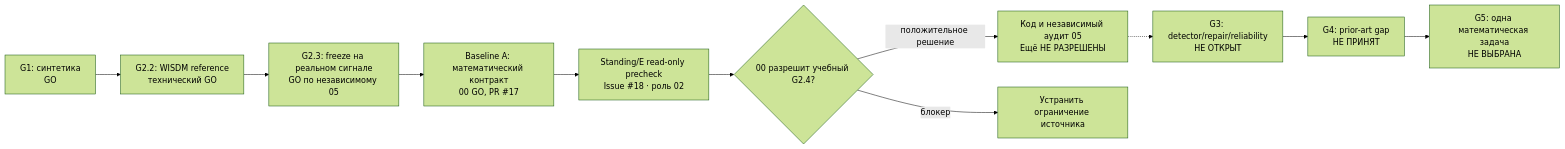
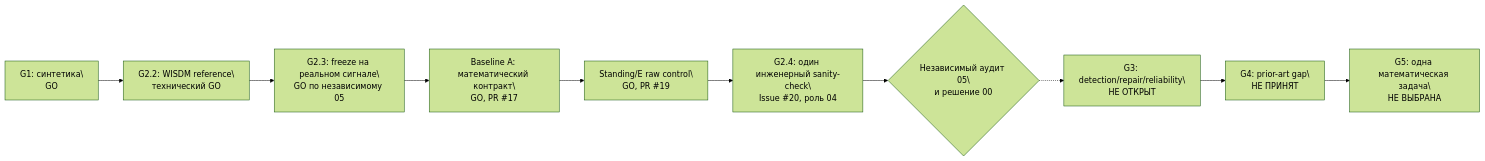
The diagram in ROADMAP.md (kr13t1/ts-reliability-lab), drawn with Mermaid (forest theme) before and after one commit. The commit also changed other lines of this file, not shown here.

Commit message:
docs(roadmap): show accepted Standing/E control and authorized G2.4 implementation gate

````diff
--- a/ROADMAP.md
+++ b/ROADMAP.md
@@ -18,13 +18,12 @@
 ```mermaid
 flowchart LR
-  A["G1: синтетика\nGO"] --> B["G2.2: WISDM reference\nтехнический GO"]
-  B --> C["G2.3: freeze на реальном сигнале\nGO по независимому 05"]
-  C --> G["Baseline A: математический контракт\n00 GO, PR #17"]
-  G --> R["Standing/E read-only precheck\nIssue #18 · роль 02"]
-  R --> P{"00 разрешит учебный G2.4?"}
-  P -->|положительное решение| T["Код и независимый аудит 05\nЕщё НЕ РАЗРЕШЕНЫ"]
-  P -->|блокер| X["Устранить ограничение источника"]
-  T -.-> H["G3: detector/repair/reliability\nНЕ ОТКРЫТ"]
-  H --> I["G4: prior-art gap\nНЕ ПРИНЯТ"]
-  I --> J["G5: одна математическая задача\nНЕ ВЫБРАНА"]
+  A["G1: синтетика\\nGO"] --> B["G2.2: WISDM reference\\nтехнический GO"]
+  B --> C["G2.3: freeze на реальном сигнале\\nGO по независимому 05"]
+  C --> G["Baseline A: математический контракт\\nGO, PR #17"]
+  G --> R["Standing/E raw control\\nGO, PR #19"]
+  R --> T["G2.4: один инженерный sanity-check\\nIssue #20, роль 04"]
+  T --> P{"Независимый аудит 05\\nи решение 00"}
+  P -.-> H["G3: detection/repair/reliability\\nНЕ ОТКРЫТ"]
+  H --> I["G4: prior-art gap\\nНЕ ПРИНЯТ"]
+  I --> J["G5: одна математическая задача\\nНЕ ВЫБРАНА"]
 ```
````
